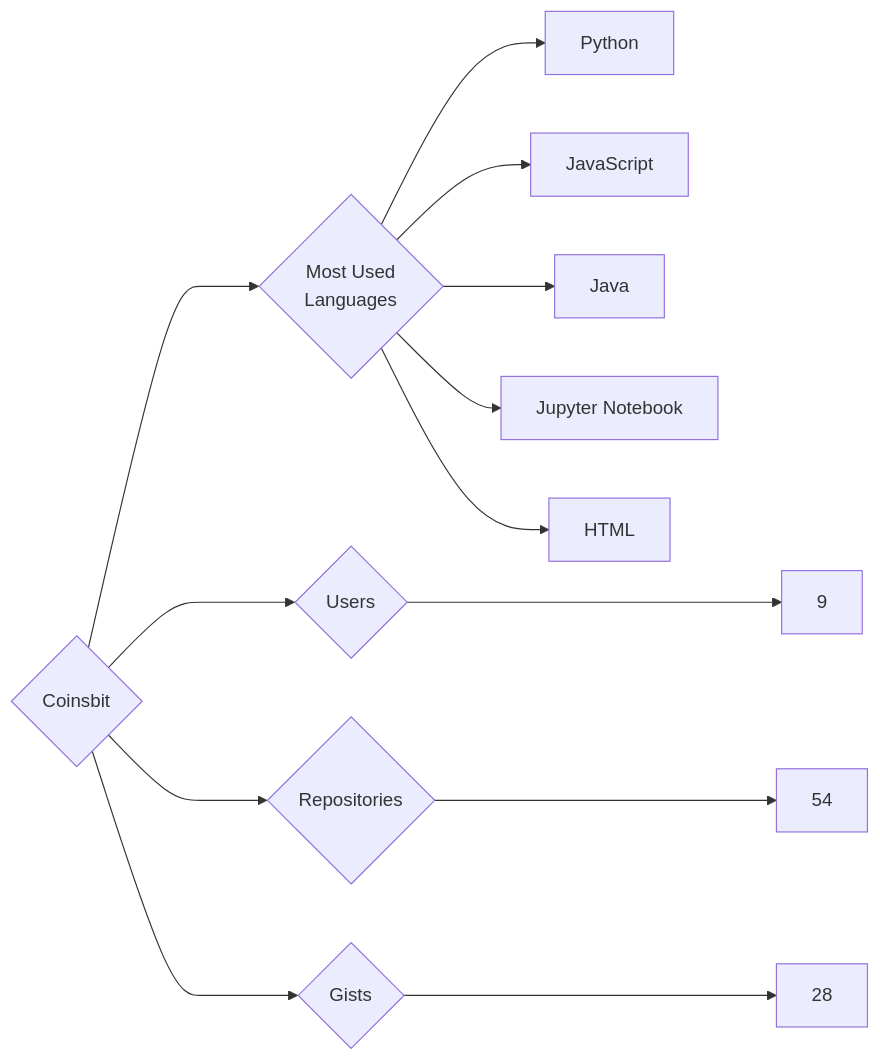
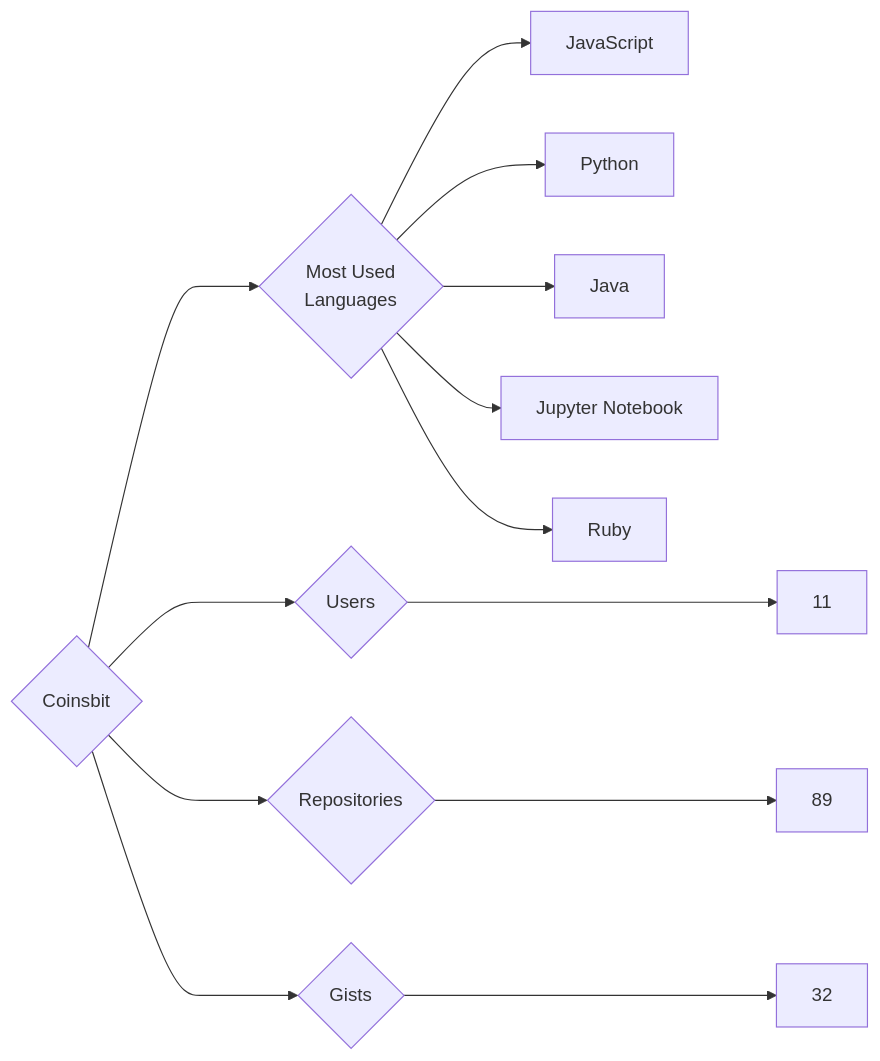
Before and after one commit to trickest/insiders: the diagram in targets/Coinsbit/README.md, drawn with Mermaid. The commit also changed 934 other files, not shown here.

````diff
--- a/targets/Coinsbit/README.md
+++ b/targets/Coinsbit/README.md
@@ -3,13 +3,13 @@
 ```mermaid
 graph LR
 COMPANY_NAME{Coinsbit}
-COMPANY_NAME ---> U{Users} ---> UN[9]
-COMPANY_NAME ---> R{Repositories} ---> RN[54]
-COMPANY_NAME ---> G{Gists} ---> GN[28]
+COMPANY_NAME ---> U{Users} ---> UN[11]
+COMPANY_NAME ---> R{Repositories} ---> RN[89]
+COMPANY_NAME ---> G{Gists} ---> GN[32]
 COMPANY_NAME ---> ML{Most Used<br>Languages}
+ML --> JavaScript[JavaScript]
 ML --> Python[Python]
-ML --> JavaScript[JavaScript]
 ML --> Java[Java]
 ML --> Jupyter_Notebook[Jupyter Notebook]
-ML --> HTML[HTML]
+ML --> Ruby[Ruby]
 ```
````
